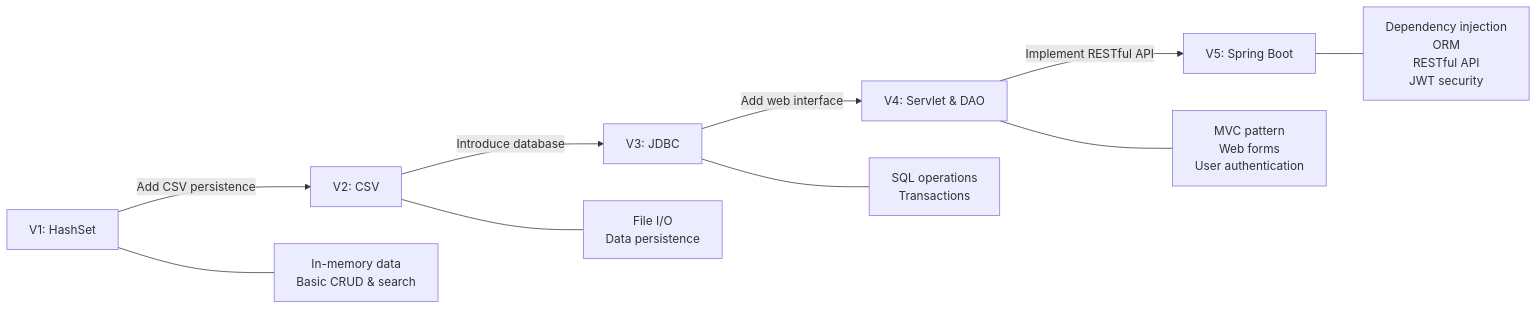
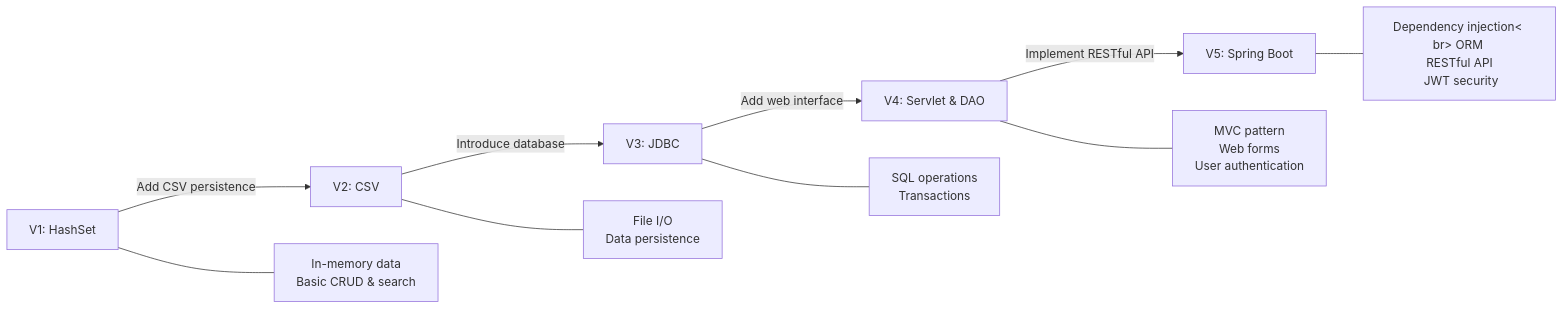
One commit to saraobialero/Bookstore_Java-Evolution-HashSet-IO-JDBC-Servlet-Spring-Boot changed the diagram in README.md. Above: the diagram before and after it, drawn with Mermaid.

Commit message:
UPDATED: Readme.md

````diff
--- a/README.md
+++ b/README.md
@@ -19,14 +19,14 @@
 ```mermaid
 graph LR
     V1[V1: HashSet] -->|Add CSV persistence| V2[V2: CSV]
     V2 -->|Introduce database| V3[V3: JDBC]
     V3 -->|Add web interface| V4[V4: Servlet & DAO]
     V4 -->|Implement RESTful API| V5[V5: Spring Boot]
 
     V1 --- V1F[In-memory data<br>Basic CRUD & search]
     V2 --- V2F[File I/O<br>Data persistence]
-    V3 --- V3F[SQL operations<br>Transactions]
-    V4 --- V4F[MVC pattern<br>Web forms<br>User authentication]
-    V5 --- V5F[Dependency injection<br>ORM<br>RESTful API<br>JWT security]
+    V3 --- V3F[SQL operations <br>Transactions]
+    V4 --- V4F[MVC pattern <br> Web forms <br> User authentication]
+    V5 --- V5F[Dependency injection< br> ORM <br> RESTful API <br> JWT security]
 
 ```
````
